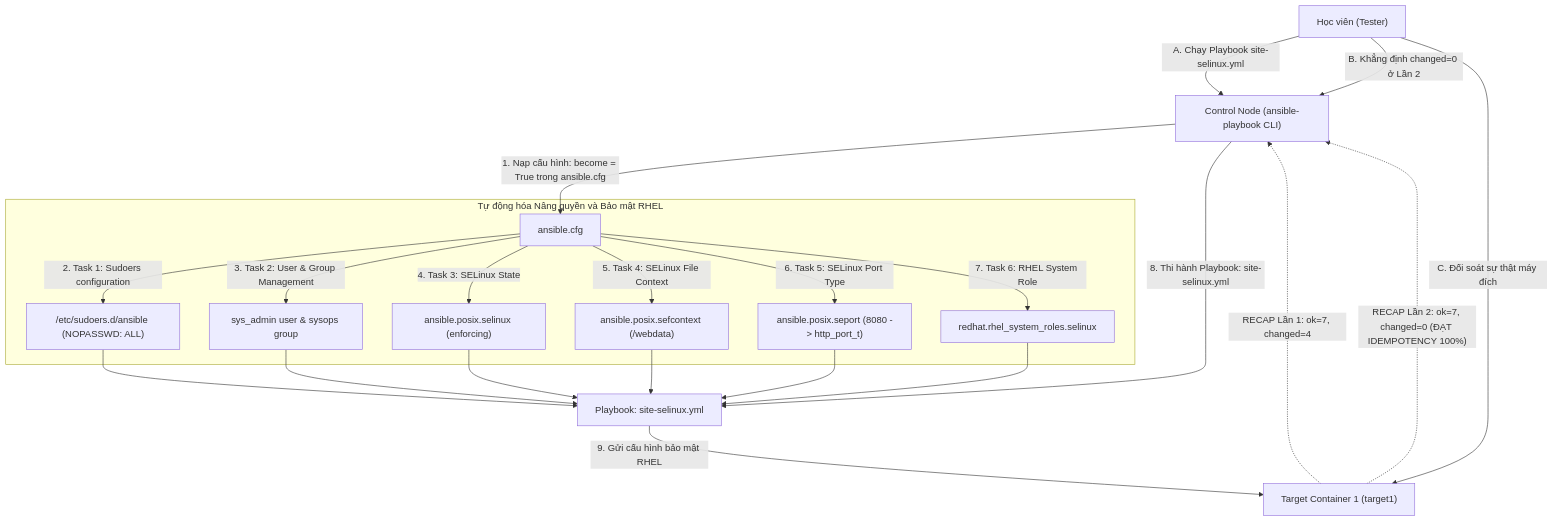
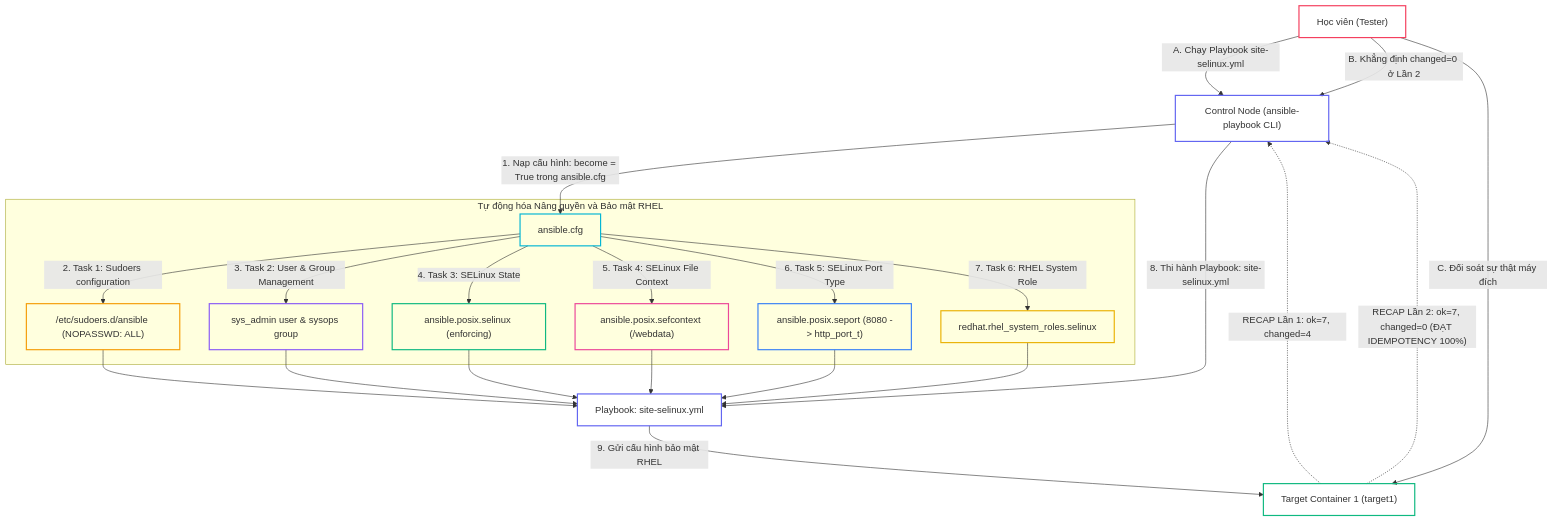
One commit to kiennt308/ntk changed the third of 3 diagrams in _posts/2026-09-13-ansible-21-21-system-roles-selinux.md. Above: the diagram before and after it, drawn with Mermaid. The commit also changed other lines of this file and 30 other files, not shown here.

````diff
--- a/_posts/2026-09-13-ansible-21-21-system-roles-selinux.md
+++ b/_posts/2026-09-13-ansible-21-21-system-roles-selinux.md
@@ -482,30 +504,42 @@
 ```mermaid
 graph TD
     SubGraph1["Control Node (ansible-playbook CLI)"] -->|"1. Nạp cấu hình: become = True trong ansible.cfg"| CFG["ansible.cfg"]
     
     subgraph "Tự động hóa Nâng quyền và Bảo mật RHEL"
         CFG -->|"2. Task 1: Sudoers configuration"| SUDO["/etc/sudoers.d/ansible (NOPASSWD: ALL)"]
         CFG -->|"3. Task 2: User & Group Management"| USER["sys_admin user & sysops group"]
         CFG -->|"4. Task 3: SELinux State"| SEL["ansible.posix.selinux (enforcing)"]
         CFG -->|"5. Task 4: SELinux File Context"| FCTX["ansible.posix.sefcontext (/webdata)"]
         CFG -->|"6. Task 5: SELinux Port Type"| PORT["ansible.posix.seport (8080 -> http_port_t)"]
         CFG -->|"7. Task 6: RHEL System Role"| ROLE["redhat.rhel_system_roles.selinux"]
     end
     
     SubGraph1 -->|"8. Thi hành Playbook: site-selinux.yml"| PB["Playbook: site-selinux.yml"]
     SUDO --> PB
     USER --> PB
     SEL --> PB
     FCTX --> PB
     PORT --> PB
     ROLE --> PB
     
     PB -->|"9. Gửi cấu hình bảo mật RHEL"| T1["Target Container 1 (target1)"]
     
-    T1 -. "RECAP Lần 1: ok=7, changed=4" .-> SubGraph1
-    T1 -. "RECAP Lần 2: ok=7, changed=0 (ĐẠT IDEMPOTENCY 100%)" .-> SubGraph1
+    T1 -.->|"RECAP Lần 1: ok=7, changed=4"| SubGraph1
+    T1 -.->|"RECAP Lần 2: ok=7, changed=0 (ĐẠT IDEMPOTENCY 100%)"| SubGraph1
     
     DEV["Học viên (Tester)"] -->|"A. Chạy Playbook site-selinux.yml"| SubGraph1
     DEV -->|"B. Khẳng định changed=0 ở Lần 2"| SubGraph1
     DEV -->|"C. Đối soát sự thật máy đích"| T1
+
+    style SubGraph1 fill:none,stroke:#6366f1,stroke-width:2px
+    style CFG fill:none,stroke:#06b6d4,stroke-width:2px
+    style SUDO fill:none,stroke:#f59e0b,stroke-width:2px
+    style USER fill:none,stroke:#8b5cf6,stroke-width:2px
+    style SEL fill:none,stroke:#10b981,stroke-width:2px
+    style FCTX fill:none,stroke:#ec4899,stroke-width:2px
+    style PORT fill:none,stroke:#3b82f6,stroke-width:2px
+    style ROLE fill:none,stroke:#eab308,stroke-width:2px
+    style PB fill:none,stroke:#6366f1,stroke-width:2px
+    style T1 fill:none,stroke:#10b981,stroke-width:2px
+    style DEV fill:none,stroke:#f43f5e,stroke-width:2px
 ```
````
